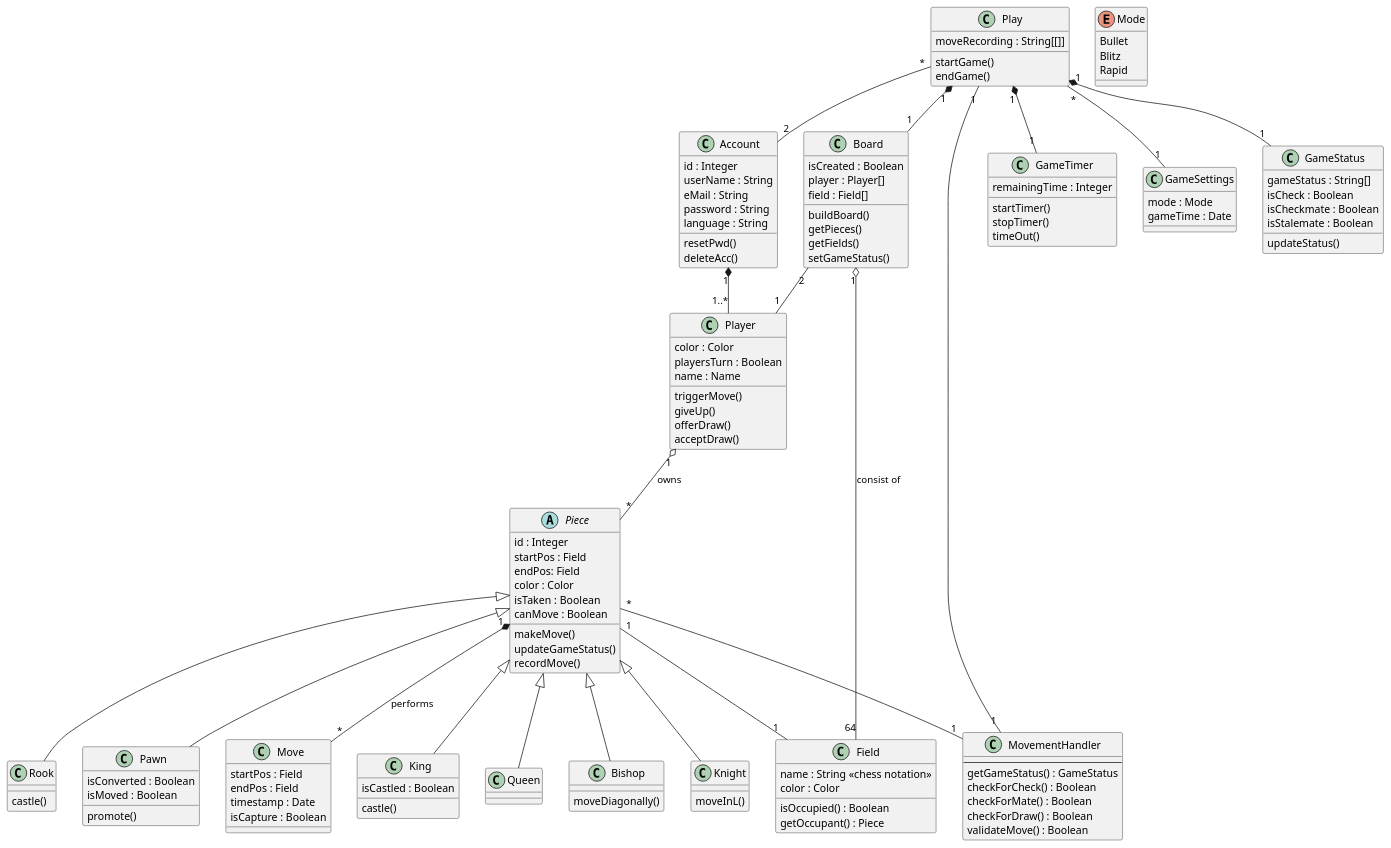
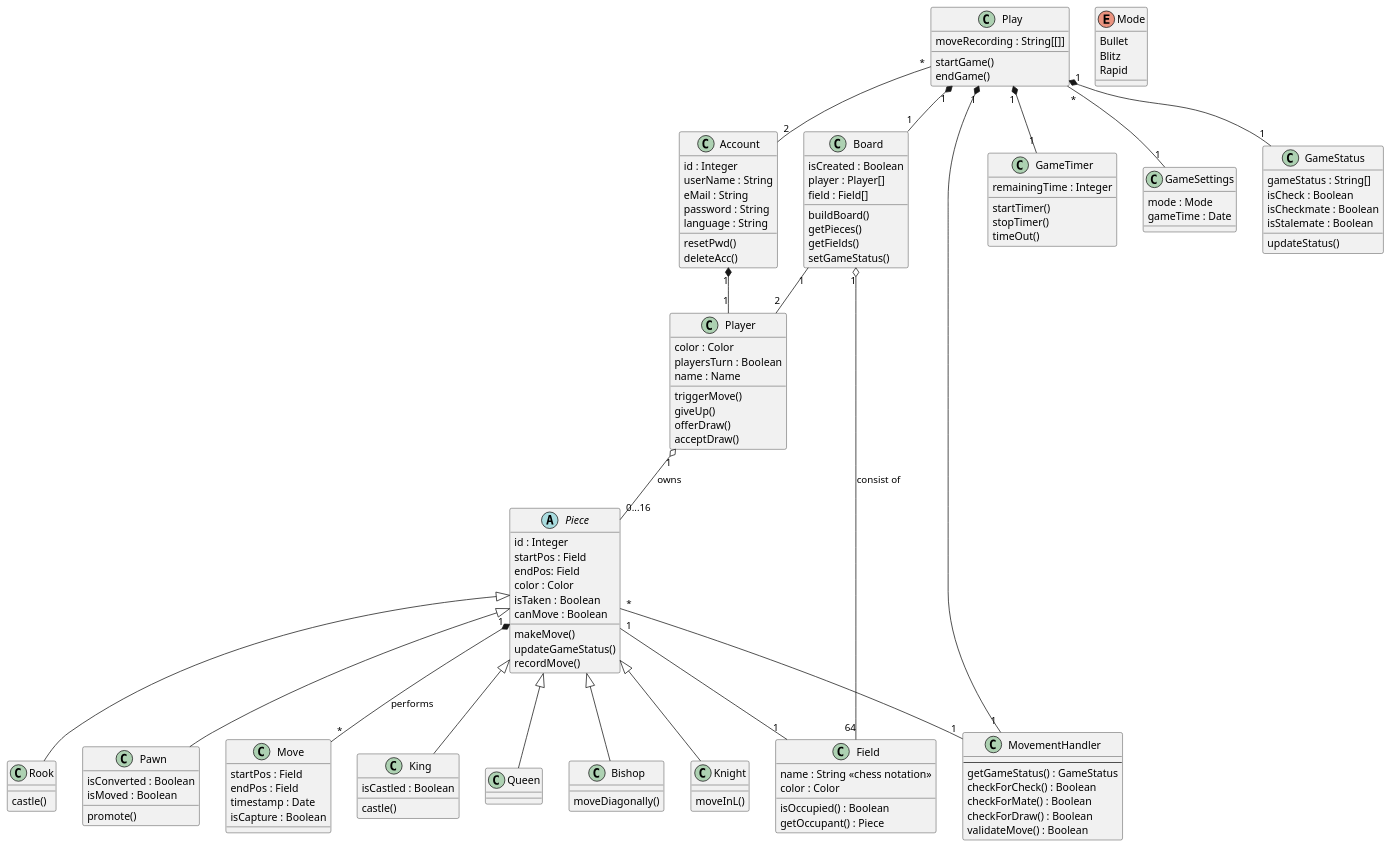
One commit to ruhlando/uni-project-chess changed the diagram in classDiagram.iuml. Above: the diagram before and after it, drawn with PlantUML.

```diff
--- a/classDiagram.iuml
+++ b/classDiagram.iuml
@@ -1,145 +1,145 @@
 @startuml
 
 'Classes
 class Board {
   isCreated : Boolean
   player : Player[]
   field : Field[]
   buildBoard()
   getPieces()
   getFields()
   setGameStatus()
 }
 class Field {
   name : String <<chess notation>>
   color : Color
   isOccupied() : Boolean
   getOccupant() : Piece
 }
 abstract class Piece {
   id : Integer
   startPos : Field
   endPos: Field
   color : Color
   isTaken : Boolean
   canMove : Boolean
   makeMove()
   updateGameStatus()
   recordMove()
 }
 class King {
   isCastled : Boolean
   castle()
 }
 class Queen
 class Bishop {
   moveDiagonally()
 }
 class Knight {
   moveInL()
 }
 class Rook {
   castle()
 }
 class Pawn {
   isConverted : Boolean
   isMoved : Boolean
   promote()
 }
 class Play {
   moveRecording : String[[]]
   startGame()
   endGame()
 }
 
 class GameTimer {
   remainingTime : Integer
   startTimer()
   stopTimer()
   timeOut()
 
 }
 
 class Player {
   color : Color
   playersTurn : Boolean
   name : Name
   triggerMove()
   giveUp()
   offerDraw()
   acceptDraw()
 }
 
 class Account {
   id : Integer
   userName : String
   eMail : String
   password : String
   language : String
   resetPwd()
   deleteAcc()
 }
 
 class MovementHandler {
   --
   getGameStatus() : GameStatus
   checkForCheck() : Boolean
   checkForMate() : Boolean
   checkForDraw() : Boolean
   validateMove() : Boolean
 }
 
 class GameSettings {
   mode : Mode
   gameTime : Date
 }
 
 class Move {
   startPos : Field
   endPos : Field
   timestamp : Date
   isCapture : Boolean
 }
 
 class GameStatus {
   gameStatus : String[]
   isCheck : Boolean
   isCheckmate : Boolean
   isStalemate : Boolean
   updateStatus()
 }
 
 enum Mode {
   Bullet
   Blitz
   Rapid
 }
 
 'Associations
 
 Piece <|-- Knight
 Piece <|-- Queen
 Piece <|-- Rook
 Piece <|-- Bishop
 Piece <|-- King
 Piece <|-- Pawn
 
-Account "1" *-- "1..*" Player
+Account "1" *-- "1" Player
 
-Board "2" -- "1" Player 
+Board "1" -- "2" Player 
 Board "1" o-- "64" Field : consist of
 
-Player "1" o-- "*" Piece : owns
+Player "1" o-- "0...16" Piece : owns
 
 Piece "1" -- "1" Field
 Piece "*" -- "1" MovementHandler
 Piece "1" *-- "*" Move : performs
 
 Play "1" *-- "1" Board
 Play "*" -- "1" GameSettings
 Play "*" -- "2" Account
-Play "1" -- "1" MovementHandler
+Play "1" *-- "1" MovementHandler
 Play "1" *-- "1" GameStatus
 Play "1" *-- "1" GameTimer
 
 @enduml
```
